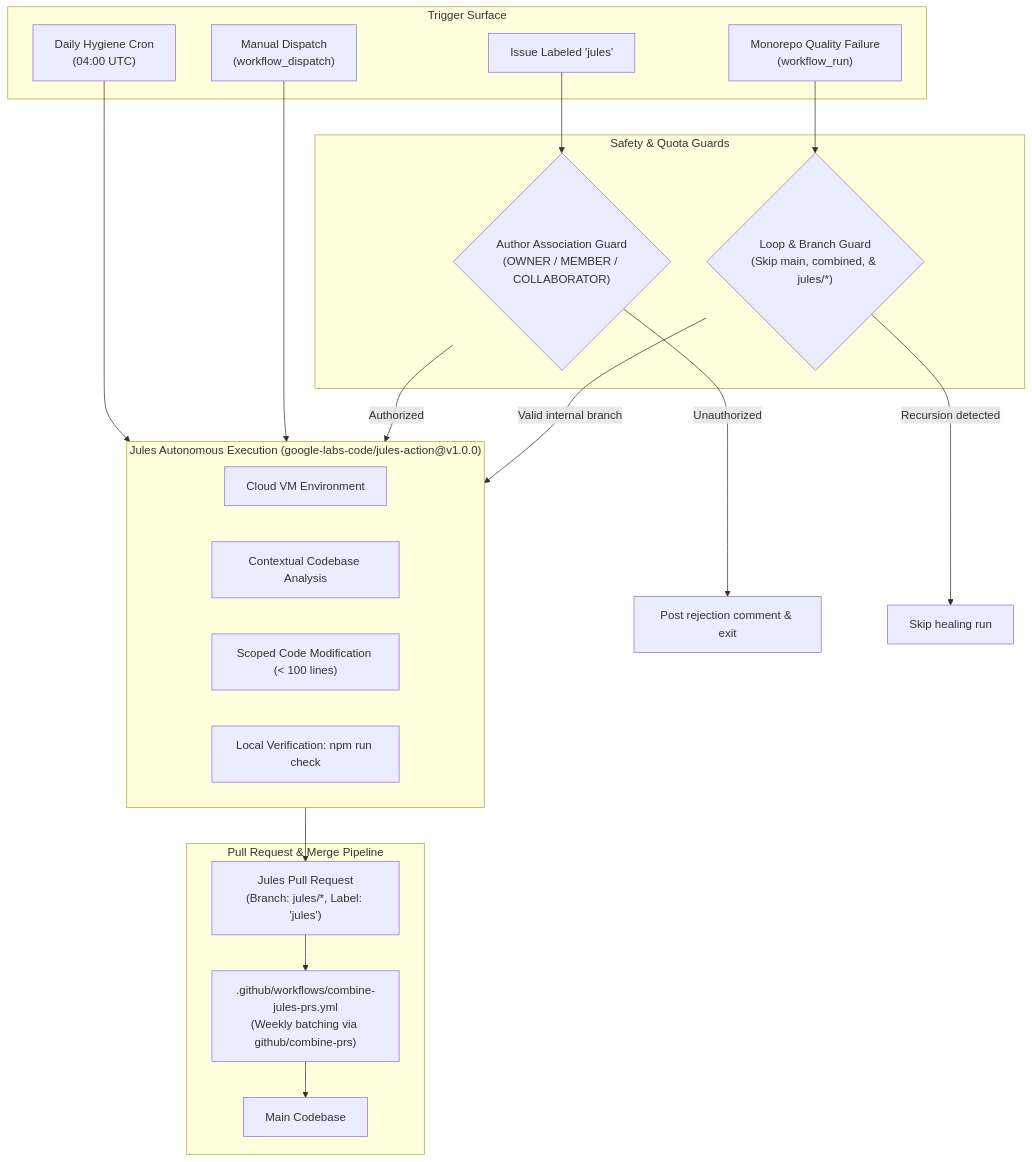
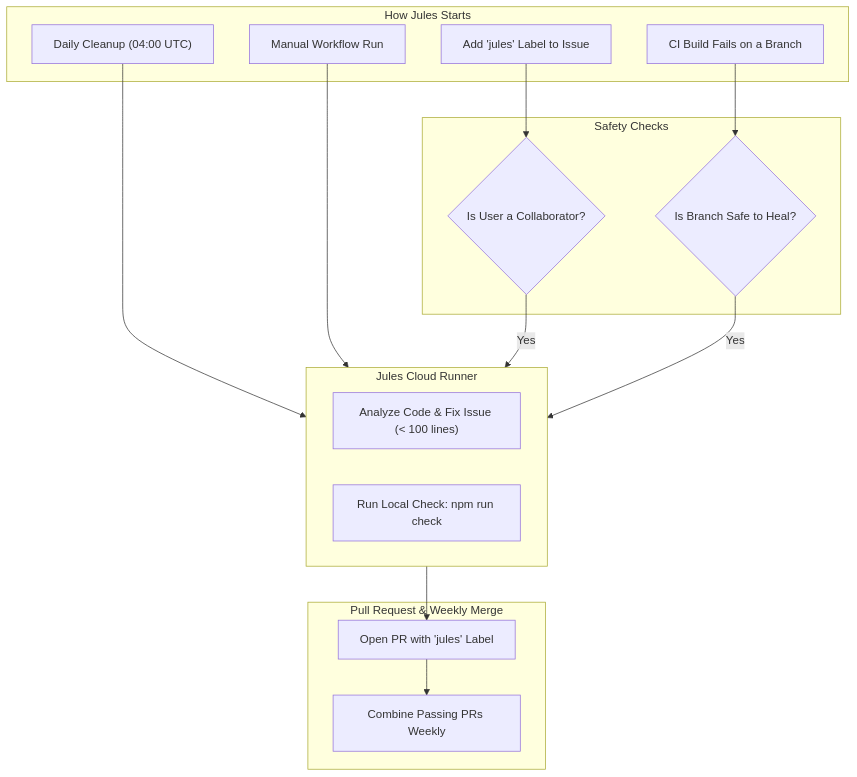
One commit to cloudgxp/ghec-consultant-suite changed the diagram in docs/guides/jules-automation-setup.md. Above: the diagram before and after it, drawn with Mermaid. The commit also changed other lines of this file and 191 other files, not shown here.

````diff
--- a/docs/guides/jules-automation-setup.md
+++ b/docs/guides/jules-automation-setup.md
@@ -11,42 +5,32 @@
 ```mermaid
 flowchart TD
-    subgraph Triggers["Trigger Surface"]
-        T1["Issue Labeled 'jules'"]
-        T2["Monorepo Quality Failure<br/>(workflow_run)"]
-        T3["Daily Hygiene Cron<br/>(04:00 UTC)"]
-        T4["Manual Dispatch<br/>(workflow_dispatch)"]
+    subgraph Triggers["How Jules Starts"]
+        T1["Add 'jules' Label to Issue"]
+        T2["CI Build Fails on a Branch"]
+        T3["Daily Cleanup (04:00 UTC)"]
+        T4["Manual Workflow Run"]
     end
 
-    subgraph Guards["Safety & Quota Guards"]
-        G1{"Author Association Guard<br/>(OWNER / MEMBER / COLLABORATOR)"}
-        G2{"Loop & Branch Guard<br/>(Skip main, combined, & jules/*)"}
+    subgraph Guards["Safety Checks"]
+        G1{"Is User a Collaborator?"}
+        G2{"Is Branch Safe to Heal?"}
     end
 
-    subgraph Jules["Jules Autonomous Execution (google-labs-code/jules-action@v1.0.0)"]
-        J1["Cloud VM Environment"]
-        J2["Contextual Codebase Analysis"]
-        J3["Scoped Code Modification (< 100 lines)"]
-        J4["Local Verification: npm run check"]
+    subgraph Jules["Jules Cloud Runner"]
+        J1["Analyze Code & Fix Issue (< 100 lines)"]
+        J2["Run Local Check: npm run check"]
     end
 
-    subgraph Delivery["Pull Request & Merge Pipeline"]
-        PR["Jules Pull Request<br/>(Branch: jules/*, Label: 'jules')"]
-        Combiner[".github/workflows/combine-jules-prs.yml<br/>(Weekly batching via github/combine-prs)"]
-        Merged["Main Codebase"]
+    subgraph Delivery["Pull Request & Weekly Merge"]
+        PR["Open PR with 'jules' Label"]
+        Combiner["Combine Passing PRs Weekly"]
     end
 
     T1 --> G1
+    T2 --> G2
     T3 --> Jules
     T4 --> Jules
-    T2 --> G2
-
-    G1 -->|Authorized| Jules
-    G1 -->|Unauthorized| Reject["Post rejection comment & exit"]
-
-    G2 -->|Valid internal branch| Jules
-    G2 -->|Recursion detected| Skip["Skip healing run"]
-
-    Jules --> PR
-    PR --> Combiner
-    Combiner --> Merged
+    G1 -->|Yes| Jules
+    G2 -->|Yes| Jules
+    Jules --> PR --> Combiner
 ```
````
